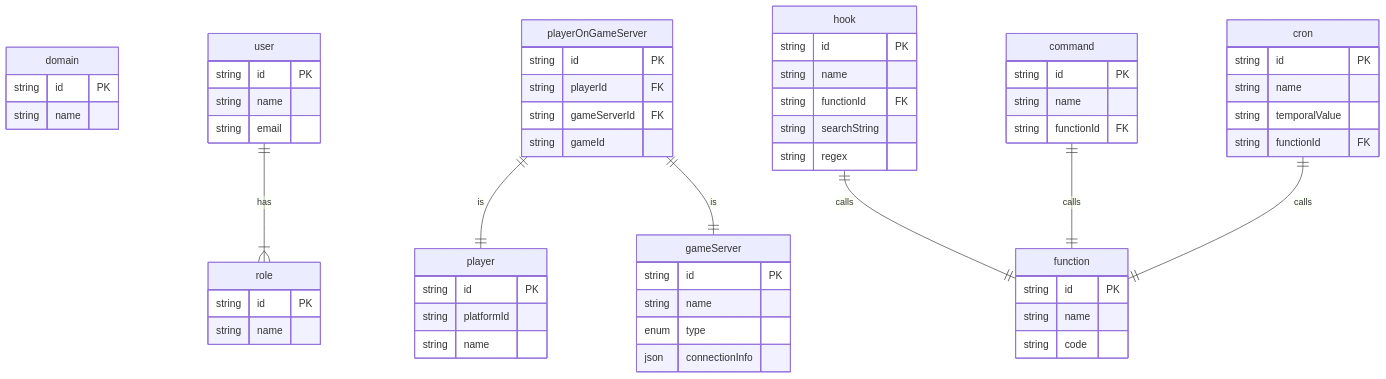
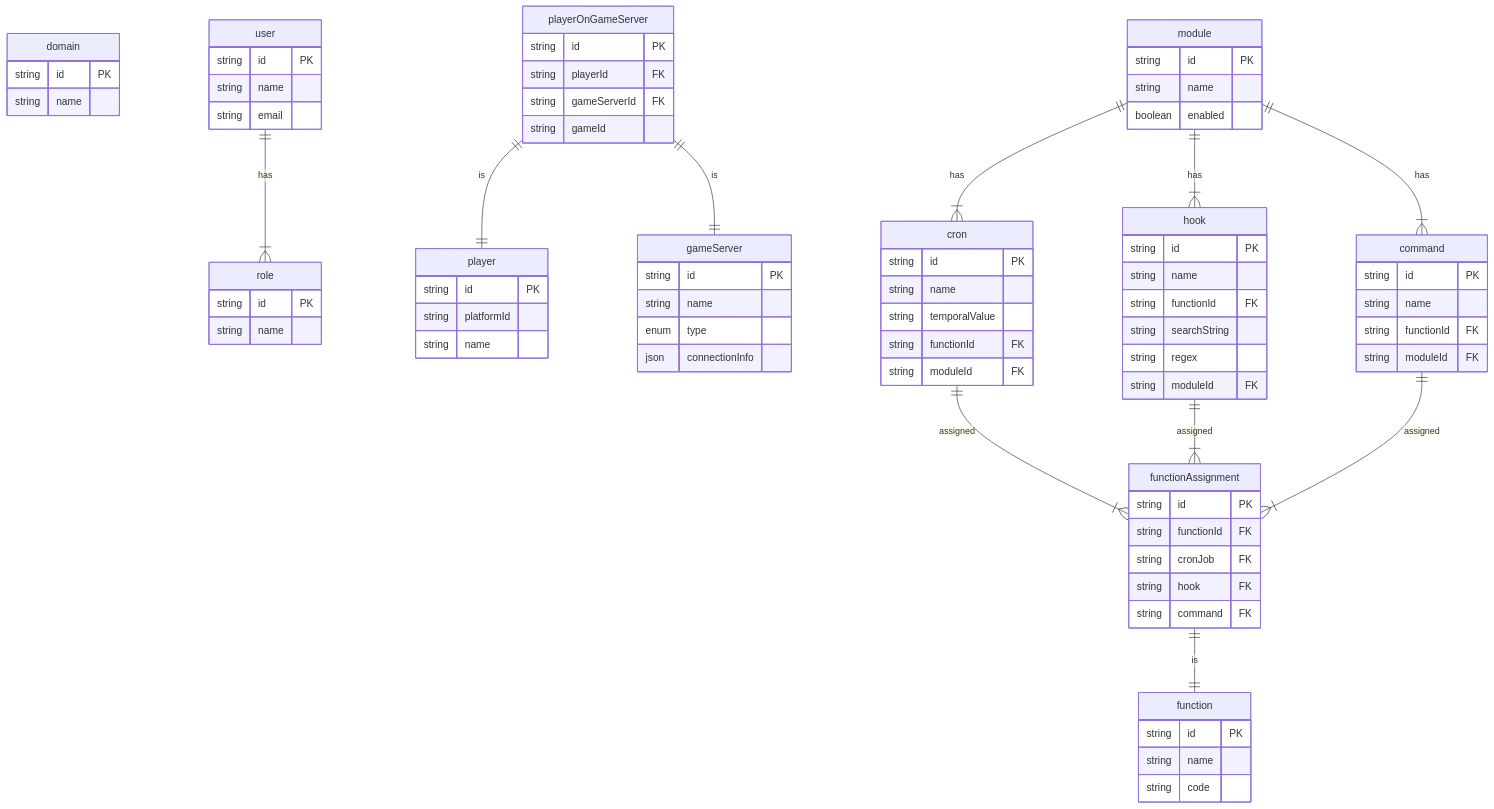
The diagram in README.md (gettakaro/takaro), drawn with Mermaid before and after one commit. The commit also changed 23 other files, not shown here.

```diff
--- a/README.md
+++ b/README.md
@@ -107,18 +107,28 @@
       string code
     }
 
+    functionAssignment {
+      string id PK
+      string functionId FK
+      string cronJob FK
+      string hook FK
+      string command FK
+    }
+
     hook {
       string id PK
       string name
       string functionId FK
       string searchString
       string regex
+      string moduleId FK
     }
 
     command {
       string id PK
       string name
       string functionId FK
+      string moduleId FK
     }
 
     cron {
@@ -126,13 +136,25 @@
       string name
       string temporalValue
       string functionId FK
+      string moduleId FK
     }
 
+    module {
+      string id PK
+      string name
+      boolean enabled
+    }
 
     user ||--|{ role : has
-    hook   ||--|| function : calls
-    command   ||--|| function : calls
-    cron   ||--|| function : calls
+
+    module ||--|{ cron : has
+    module ||--|{ hook : has
+    module ||--|{ command : has
+    hook   ||--|{ functionAssignment : assigned
+    command   ||--|{ functionAssignment : assigned
+    cron   ||--|{ functionAssignment : assigned
+    functionAssignment ||--|| function : "is"
+
 
     playerOnGameServer ||--|| player : "is"
     playerOnGameServer ||--|| gameServer : "is"
```
